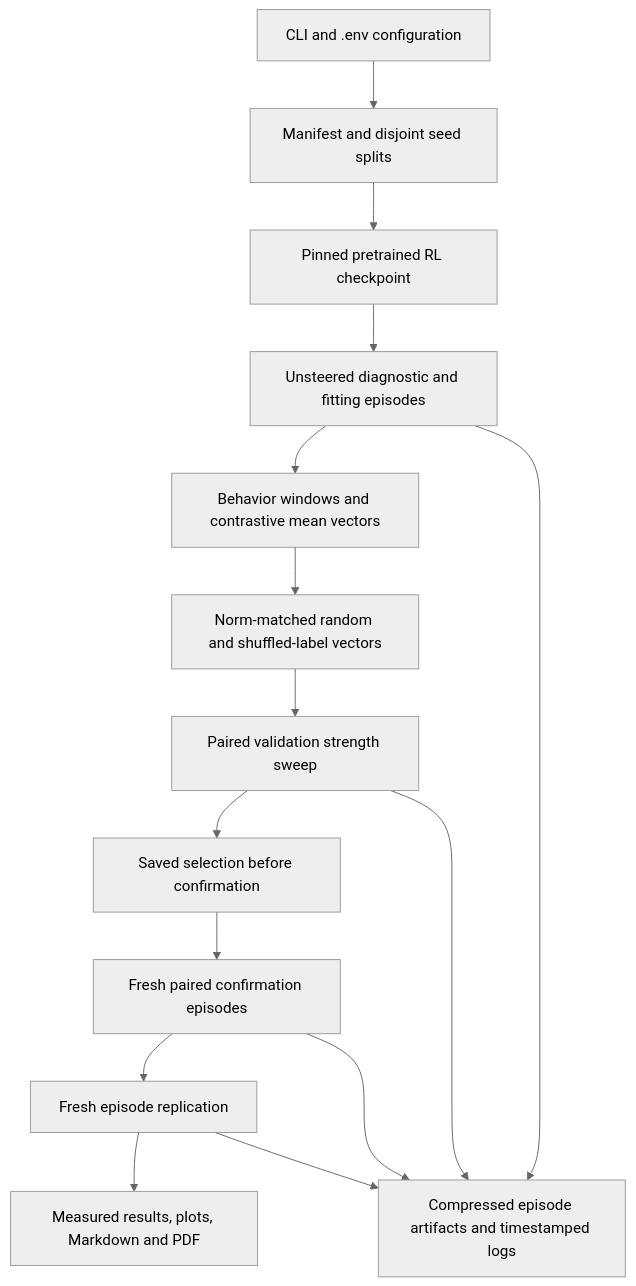
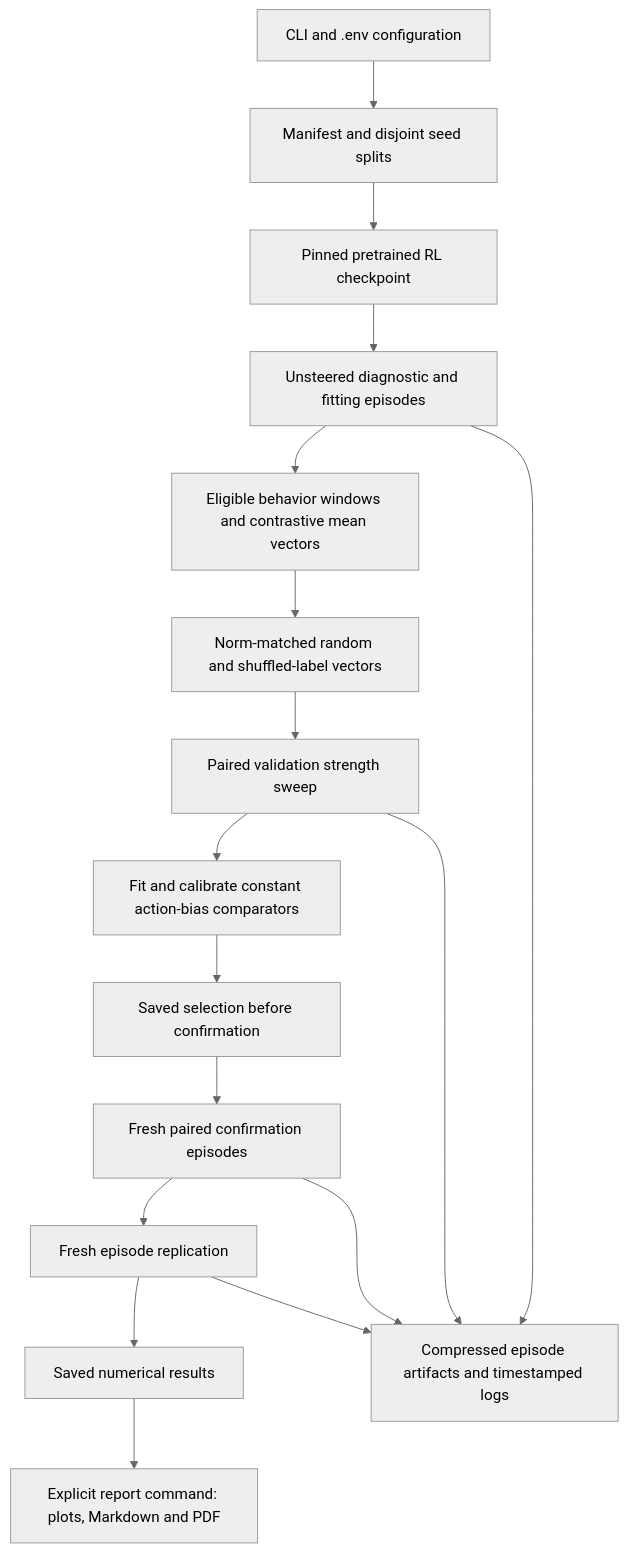
The diagram in README.md (BurnyCoder/reinforcement-learning-locomotion-steering-vectors), drawn with Mermaid (neutral theme) before and after one commit. The commit also changed other lines of this file and 11 other files, not shown here.

````diff
--- a/README.md
+++ b/README.md
@@ -34,17 +38,19 @@
 ```mermaid
 flowchart TD
     CLI[CLI and .env configuration] --> PLAN[Manifest and disjoint seed splits]
     PLAN --> LOAD[Pinned pretrained RL checkpoint]
     LOAD --> BASE[Unsteered diagnostic and fitting episodes]
-    BASE --> FIT[Behavior windows and contrastive mean vectors]
+    BASE --> FIT[Eligible behavior windows and contrastive mean vectors]
     FIT --> CONTROLS[Norm-matched random and shuffled-label vectors]
     CONTROLS --> VALIDATE[Paired validation strength sweep]
-    VALIDATE --> LOCK[Saved selection before confirmation]
+    VALIDATE --> BIAS[Fit and calibrate constant action-bias comparators]
+    BIAS --> LOCK[Saved selection before confirmation]
     LOCK --> CONFIRM[Fresh paired confirmation episodes]
     CONFIRM --> REPLICATE[Fresh episode replication]
-    REPLICATE --> REPORT[Measured results, plots, Markdown and PDF]
+    REPLICATE --> RESULTS[Saved numerical results]
+    RESULTS --> REPORT[Explicit report command: plots, Markdown and PDF]
     BASE --> STORE[Compressed episode artifacts and timestamped logs]
     VALIDATE --> STORE
     CONFIRM --> STORE
     REPLICATE --> STORE
 ```
````
